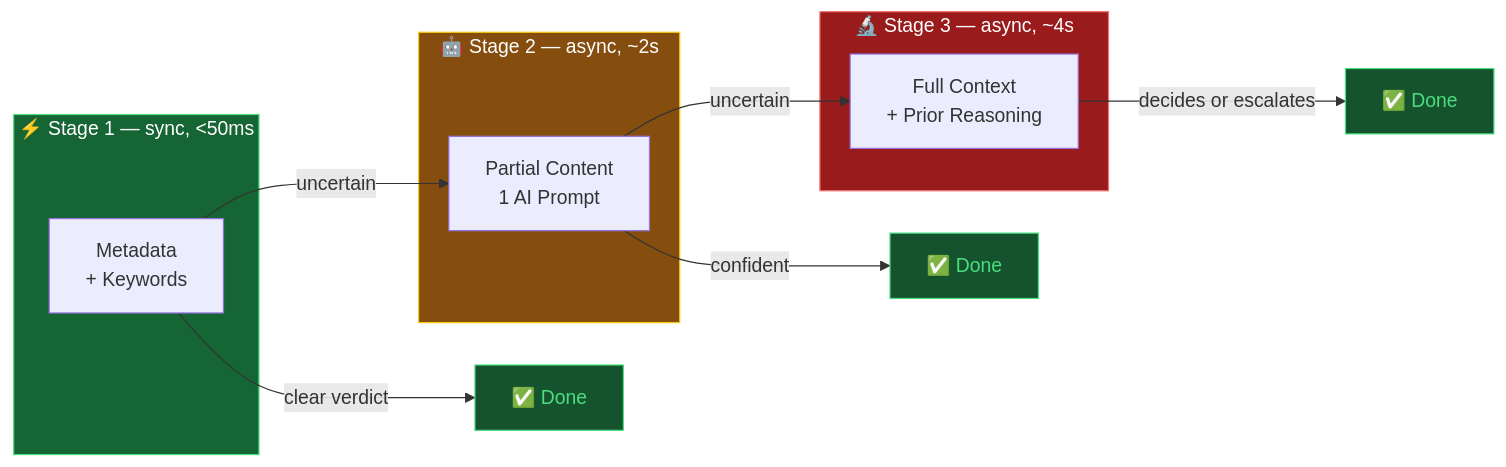
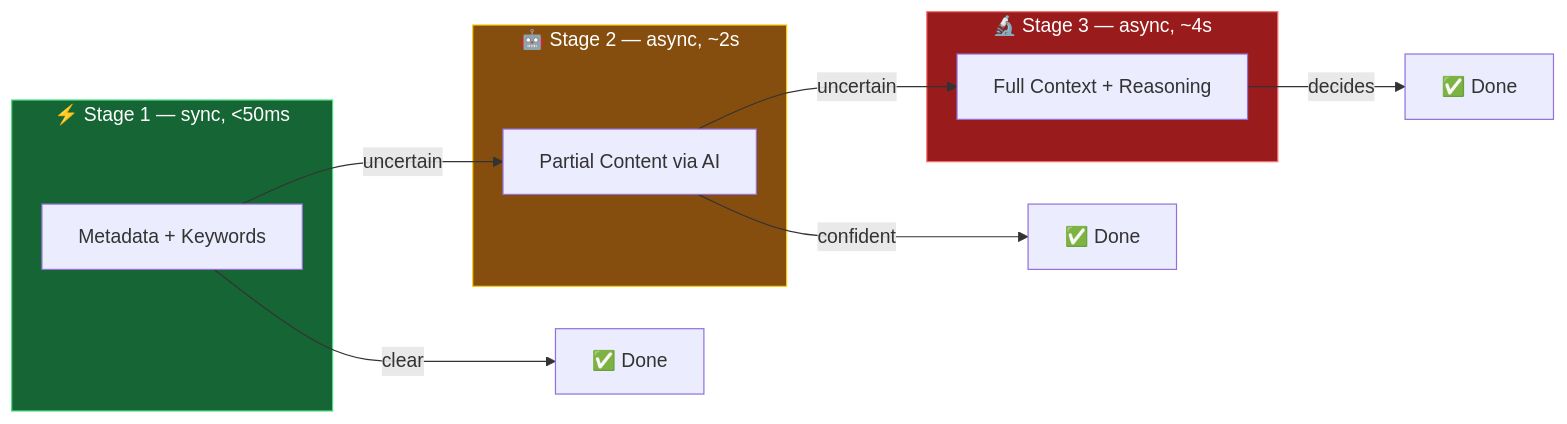
The fifth of 12 diagrams in presentation.qmd (zainulhassan815/nextjs-fastapi-starter), drawn with Mermaid before and after one commit. The commit also changed other lines of this file and 3 other files, not shown here.

````diff
--- a/presentation.qmd
+++ b/presentation.qmd
@@ -263,27 +251,24 @@
 ```{mermaid}
-%%| fig-width: 11
+%%| fig-width: 10
+%%| fig-height: 2.5
 flowchart LR
     subgraph S1["⚡ Stage 1 — sync, <50ms"]
-        A1["Metadata\n+ Keywords"]
+        A1["Metadata + Keywords"]
     end
     subgraph S2["🤖 Stage 2 — async, ~2s"]
-        A2["Partial Content\n1 AI Prompt"]
+        A2["Partial Content via AI"]
     end
     subgraph S3["🔬 Stage 3 — async, ~4s"]
-        A3["Full Context\n+ Prior Reasoning"]
+        A3["Full Context + Reasoning"]
     end
 
     A1 -->|"uncertain"| A2
     A2 -->|"uncertain"| A3
-
-    A1 -->|"clear verdict"| D1["✅ Done"]
+    A1 -->|"clear"| D1["✅ Done"]
     A2 -->|"confident"| D2["✅ Done"]
-    A3 -->|"decides or escalates"| D3["✅ Done"]
+    A3 -->|"decides"| D3["✅ Done"]
 
     style S1 fill:#166534,stroke:#4ade80,color:#fff
     style S2 fill:#854d0e,stroke:#facc15,color:#fff
     style S3 fill:#991b1b,stroke:#f87171,color:#fff
-    style D1 fill:#14532d,stroke:#4ade80,color:#4ade80
-    style D2 fill:#14532d,stroke:#4ade80,color:#4ade80
-    style D3 fill:#14532d,stroke:#4ade80,color:#4ade80
 ```
````
